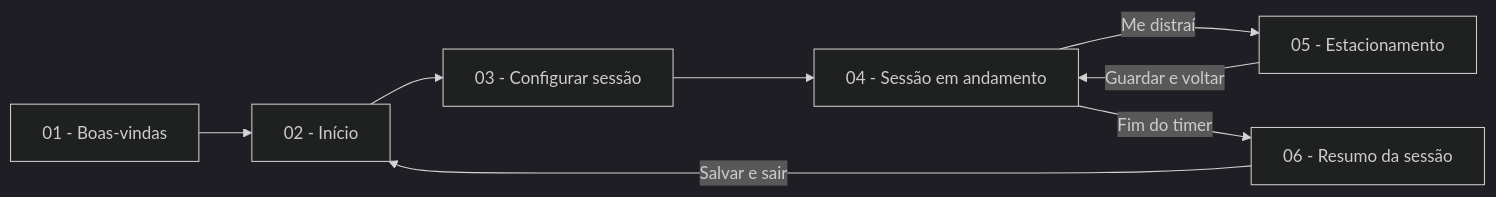
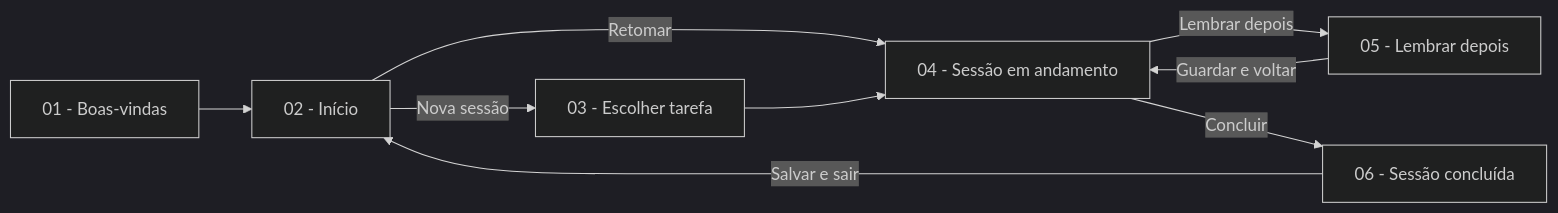
The diagram in docs/02-fluxo.md (tpalomaai/UNIFECAF-ux-ui-lume-focus-app), drawn with Mermaid (dark theme) before and after one commit. The commit also changed other lines of this file and 4 other files, not shown here.

````diff
--- a/docs/02-fluxo.md
+++ b/docs/02-fluxo.md
@@ -4,10 +4,11 @@
 ```mermaid
 flowchart LR
   A[01 - Boas-vindas] --> B[02 - Início]
-  B --> C[03 - Configurar sessão]
+  B -->|Nova sessão| C[03 - Escolher tarefa]
+  B -->|Retomar| D
   C --> D[04 - Sessão em andamento]
-  D -->|Me distraí| E[05 - Estacionamento]
+  D -->|Lembrar depois| E[05 - Lembrar depois]
   E -->|Guardar e voltar| D
-  D -->|Fim do timer| F[06 - Resumo da sessão]
+  D -->|Concluir| F[06 - Sessão concluída]
   F -->|Salvar e sair| B
 ```
````
